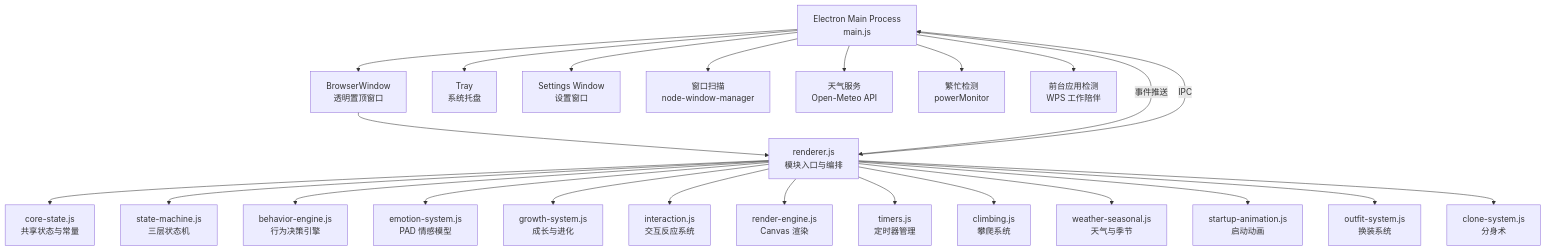
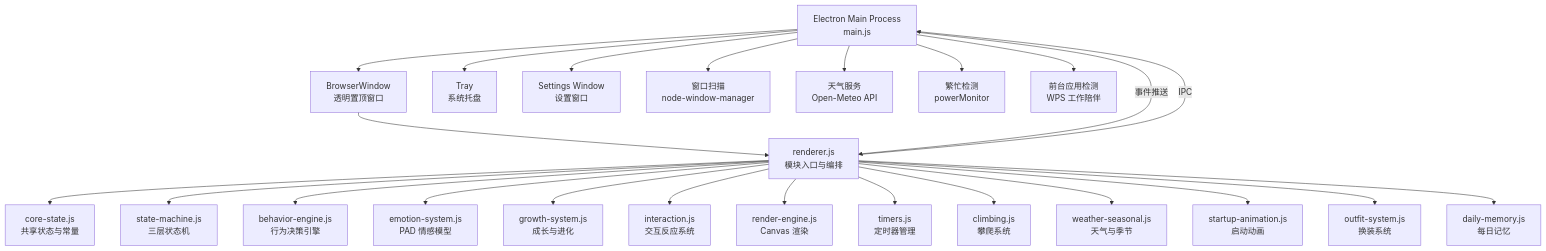
Before and after one commit to zyzly0705/codex-pets: the first of 2 diagrams in docs/Architecture.md, drawn with Mermaid. The commit also changed other lines of this file and 740 other files, not shown here.

````diff
--- a/docs/Architecture.md
+++ b/docs/Architecture.md
@@ -21,30 +21,30 @@
 ```mermaid
 graph TB
     A[Electron Main Process<br>main.js] --> B[BrowserWindow<br>透明置顶窗口]
     A --> C[Tray<br>系统托盘]
     A --> D[Settings Window<br>设置窗口]
     
     B --> E[renderer.js<br>模块入口与编排]
     
     E --> F[core-state.js<br>共享状态与常量]
     E --> G[state-machine.js<br>三层状态机]
     E --> H[behavior-engine.js<br>行为决策引擎]
     E --> I[emotion-system.js<br>PAD 情感模型]
     E --> J[growth-system.js<br>成长与进化]
     E --> K[interaction.js<br>交互反应系统]
     E --> L[render-engine.js<br>Canvas 渲染]
     E --> M[timers.js<br>定时器管理]
     E --> N[climbing.js<br>攀爬系统]
     E --> O[weather-seasonal.js<br>天气与季节]
     E --> P[startup-animation.js<br>启动动画]
     E --> Q[outfit-system.js<br>换装系统]
-    E --> R[clone-system.js<br>分身术]
+    E --> R[daily-memory.js<br>每日记忆]
     
     A --> S[窗口扫描<br>node-window-manager]
     A --> T[天气服务<br>Open-Meteo API]
     A --> U[繁忙检测<br>powerMonitor]
     A --> V[前台应用检测<br>WPS 工作陪伴]
     
     E -->|IPC| A
     A -->|事件推送| E
 ```
````
